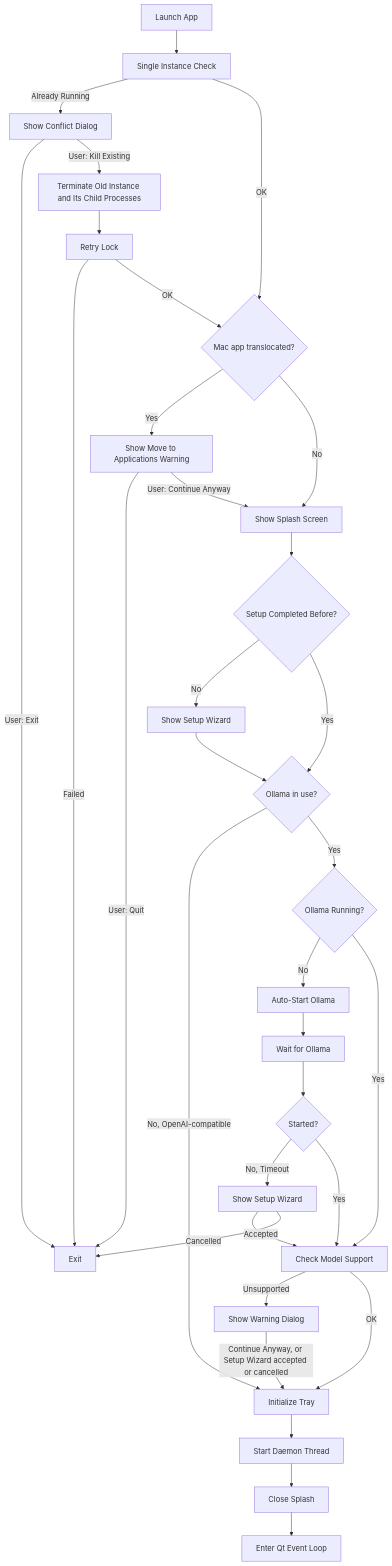
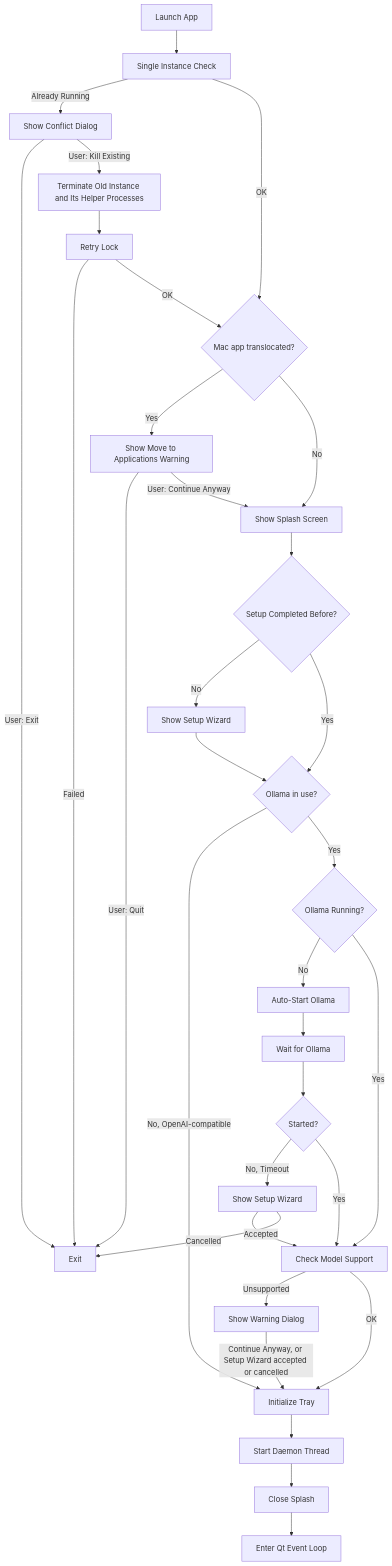
One commit to oweber3/Jarvis changed the first of 2 diagrams in src/desktop_app/desktop_app.spec.md. Above: the diagram before and after it, drawn with Mermaid. The commit also changed other lines of this file and 2 other files, not shown here.

Commit message:
fix(desktop): keep apps Jarvis opened running on Close Existing
Stopping every descendant of the old instance also ended apps Jarvis had
opened for the user (Word, a browser, a game), losing unsaved work, and
an access-denied child aborted the takeover after the old instance was
already gone. Only helper processes, recognised by executable name, are
stopped now, and a helper that cannot be stopped is logged and skipped.

````diff
--- a/src/desktop_app/desktop_app.spec.md
+++ b/src/desktop_app/desktop_app.spec.md
@@ -41,35 +41,35 @@
 ```mermaid
 flowchart TD
     A[Launch App] --> B[Single Instance Check]
     B -->|Already Running| B2[Show Conflict Dialog]
     B2 -->|User: Exit| Z[Exit]
-    B2 -->|User: Kill Existing| B3[Terminate Old Instance and Its Child Processes]
+    B2 -->|User: Kill Existing| B3[Terminate Old Instance and Its Helper Processes]
     B3 --> B4[Retry Lock]
     B4 -->|Failed| Z
     B4 -->|OK| T
     B -->|OK| T{Mac app translocated?}
     T -->|Yes| T2[Show Move to Applications Warning]
     T2 -->|User: Quit| Z
     T2 -->|User: Continue Anyway| C
     T -->|No| C[Show Splash Screen]
     C --> D{Setup Completed Before?}
     D -->|No| E[Show Setup Wizard]
     D -->|Yes| PR{Ollama in use?}
     E --> PR
     PR -->|No, OpenAI-compatible| M[Initialize Tray]
     PR -->|Yes| F{Ollama Running?}
     F -->|No| G[Auto-Start Ollama]
     G --> H[Wait for Ollama]
     H --> I{Started?}
     I -->|No, Timeout| W[Show Setup Wizard]
     W -->|Accepted| K[Check Model Support]
     W -->|Cancelled| Z[Exit]
     I -->|Yes| K[Check Model Support]
     F -->|Yes| K
     K -->|Unsupported| L[Show Warning Dialog]
     K -->|OK| M[Initialize Tray]
     L -->|Continue Anyway, or Setup Wizard accepted or cancelled| M
     M --> N[Start Daemon Thread]
     N --> O[Close Splash]
     O --> P[Enter Qt Event Loop]
 ```
````
